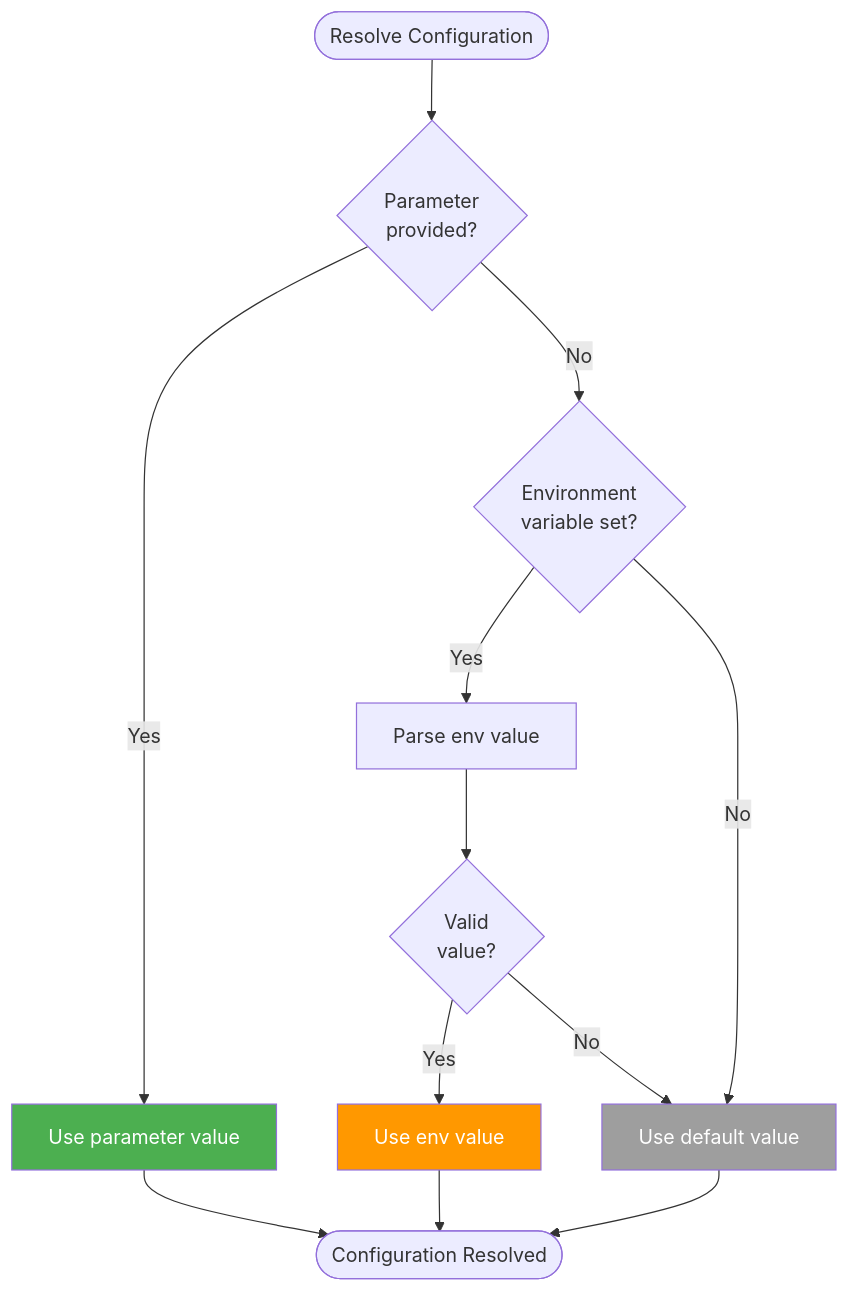
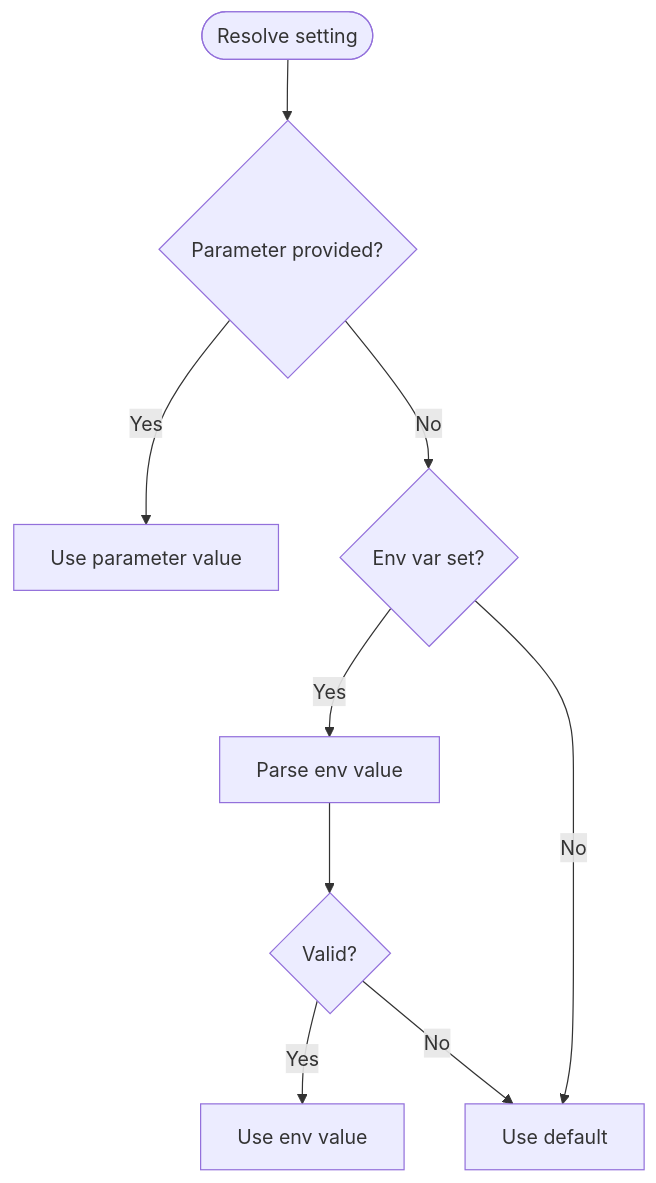
Before and after one commit to farchanjo/ssh-mcp: the second of 2 diagrams in docs/CONFIGURATION.md, drawn with Mermaid. The commit also changed other lines of this file and 3 other files, not shown here.

````diff
--- a/docs/CONFIGURATION.md
+++ b/docs/CONFIGURATION.md
@@ -40,22 +25,11 @@
 ```mermaid
 flowchart TD
-    Start([Resolve Configuration]) --> CheckParam{Parameter<br/>provided?}
-
-    CheckParam -->|Yes| UseParam["Use parameter value"]
-    CheckParam -->|No| CheckEnv{Environment<br/>variable set?}
-
-    CheckEnv -->|Yes| ParseEnv["Parse env value"]
-    CheckEnv -->|No| UseDefault["Use default value"]
-
-    ParseEnv --> ValidEnv{Valid<br/>value?}
-    ValidEnv -->|Yes| UseEnv["Use env value"]
+    Start([Resolve setting]) --> CheckParam{Parameter provided?}
+    CheckParam -->|Yes| UseParam[Use parameter value]
+    CheckParam -->|No| CheckEnv{Env var set?}
+    CheckEnv -->|Yes| ParseEnv[Parse env value]
+    CheckEnv -->|No| UseDefault[Use default]
+    ParseEnv --> ValidEnv{Valid?}
+    ValidEnv -->|Yes| UseEnv[Use env value]
     ValidEnv -->|No| UseDefault
-
-    UseParam --> Done([Configuration Resolved])
-    UseEnv --> Done
-    UseDefault --> Done
-
-    style UseParam fill:#4caf50,color:#fff
-    style UseEnv fill:#ff9800,color:#fff
-    style UseDefault fill:#9e9e9e,color:#fff
 ```
````
